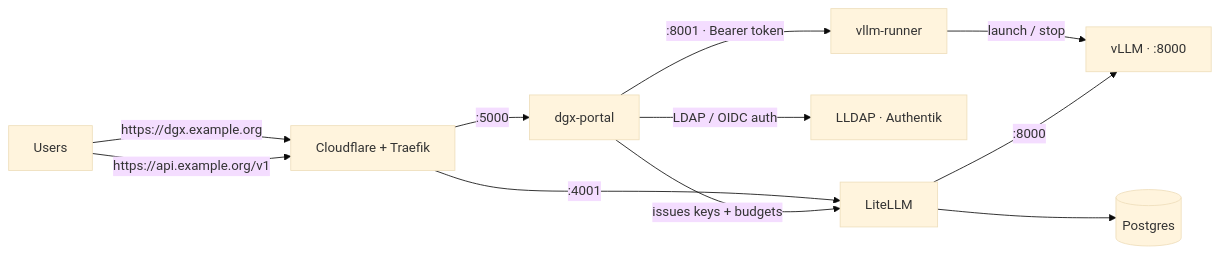
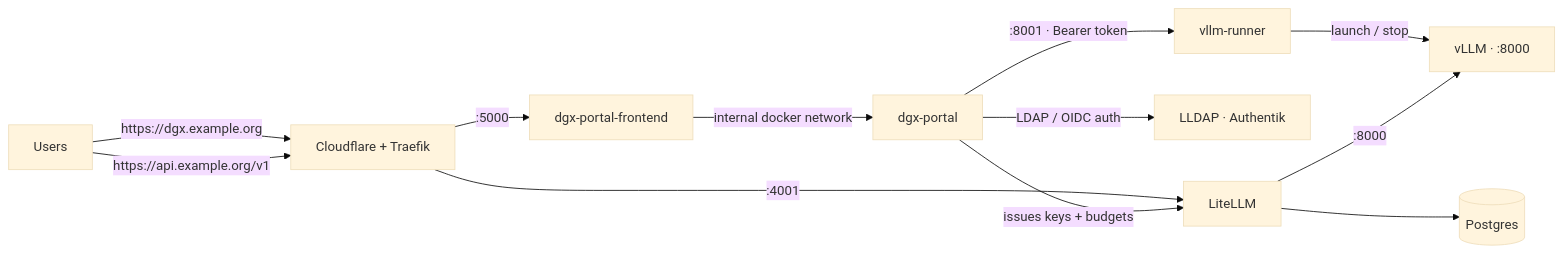
One commit to Sunderrrr/dgx-spark-llm-platform changed the diagram in README.md. Above: the diagram before and after it, drawn with Mermaid (base theme). The commit also changed other lines of this file and 1 other file, not shown here.

First line of the commit message:
Rewrite READMEs and refresh screenshots for the new frontend

````diff
--- a/README.md
+++ b/README.md
@@ -25,13 +25,14 @@
 ```mermaid
 flowchart LR
   U[Users] -->|https://dgx.example.org| CF[Cloudflare + Traefik]
   U -->|https://api.example.org/v1| CF
-  CF -->|:5000| P[dgx-portal]
+  CF -->|:5000| F[dgx-portal-frontend]
   CF -->|:4001| L[LiteLLM]
+  F -->|internal docker network| P[dgx-portal]
   P -->|LDAP / OIDC auth| IDP[LLDAP · Authentik]
   P -->|issues keys + budgets| L
   P -->|:8001 · Bearer token| R[vllm-runner]
   R -->|launch / stop| V[vLLM · :8000]
   L -->|:8000| V
   L --> PG[(Postgres)]
 ```
````
